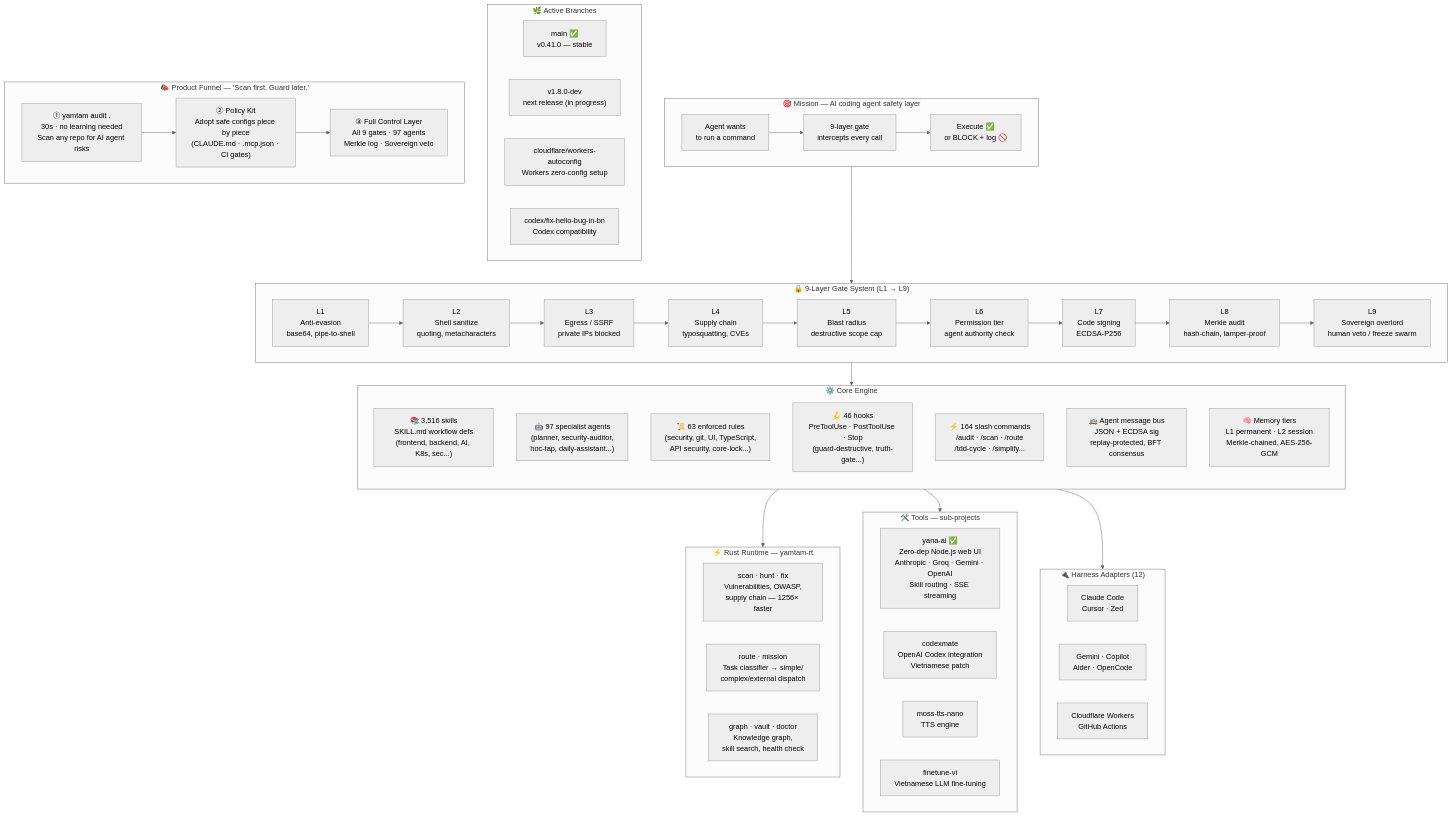
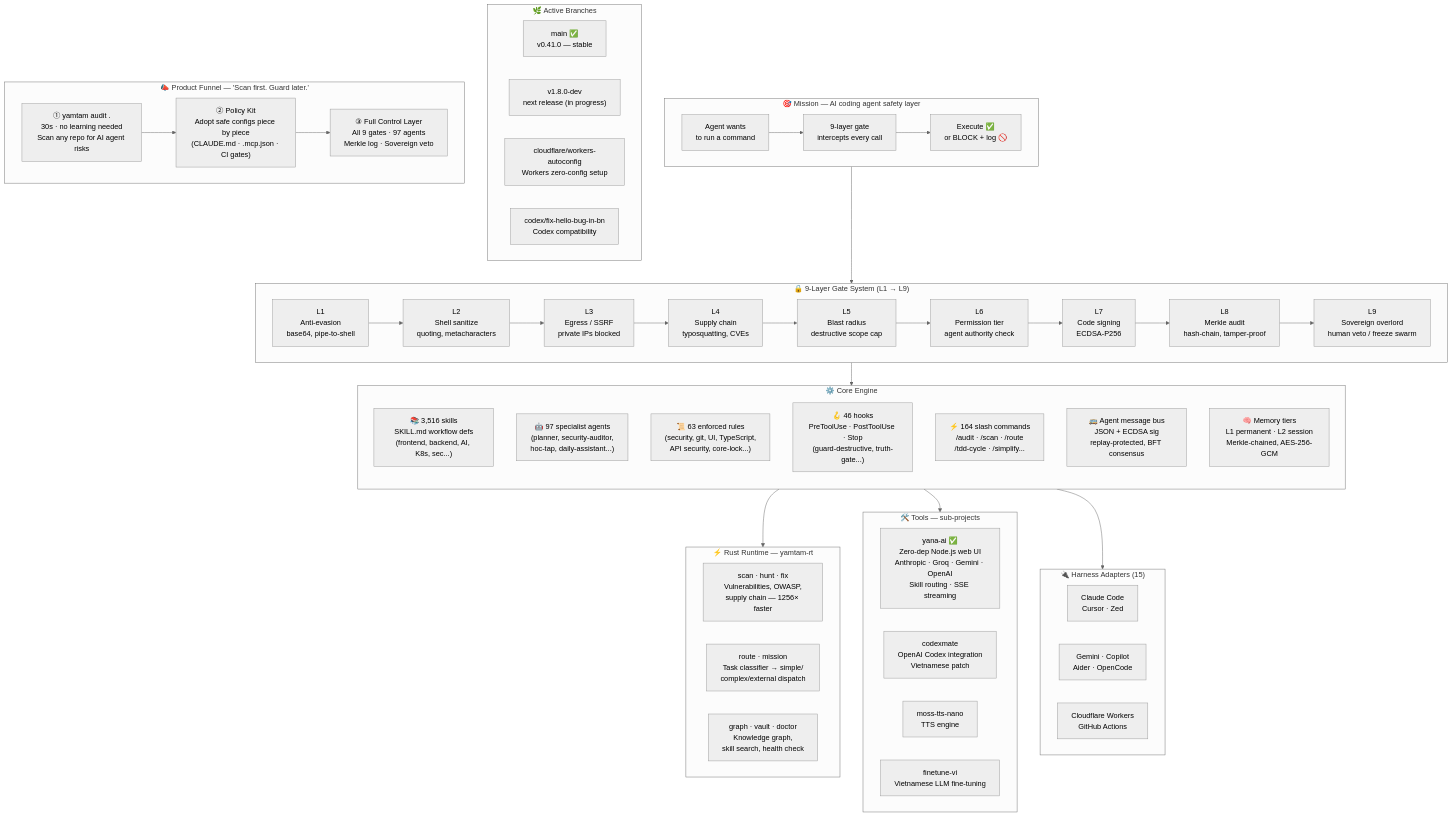
The diagram in README.md (yanacuti1121/Yana-AI), drawn with Mermaid (neutral theme) before and after one commit. The commit also changed other lines of this file and 10 other files, not shown here.

First line of the commit message:
feat(adapters): Windsurf + Kiro + Antigravity — 12 → 15 harness adapters

```diff
--- a/README.md
+++ b/README.md
@@ -134,7 +134,7 @@
     end
 
     %% ── Harness adapters ─────────────────────────────────────────────────
-    subgraph HARNESS["🔌 Harness Adapters (12)"]
+    subgraph HARNESS["🔌 Harness Adapters (15)"]
         direction LR
         H1["Claude Code\nCursor · Zed"]
         H2["Gemini · Copilot\nAider · OpenCode"]
```
